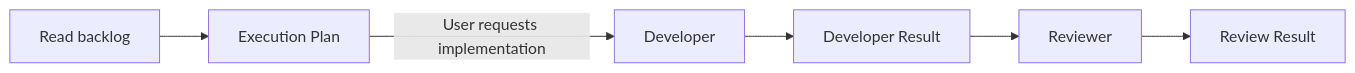
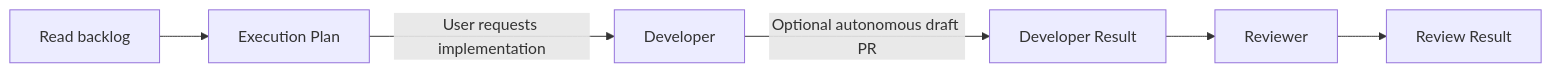
The diagram in docs/agents/simple-delivery.md (lfarci/loganfarci.com), drawn with Mermaid before and after one commit. The commit also changed other lines of this file and 3 other files, not shown here.

First line of the commit message:
fix(agents): let developer create draft PRs (#395)

````diff
--- a/docs/agents/simple-delivery.md
+++ b/docs/agents/simple-delivery.md
@@ -32,8 +32,8 @@
 ```mermaid
 flowchart LR
     B[Read backlog] --> P[Execution Plan]
     P -->|User requests implementation| D[Developer]
-    D --> R[Developer Result]
+    D -->|Optional autonomous draft PR| R[Developer Result]
     R --> V[Reviewer]
     V --> O[Review Result]
 ```
````
